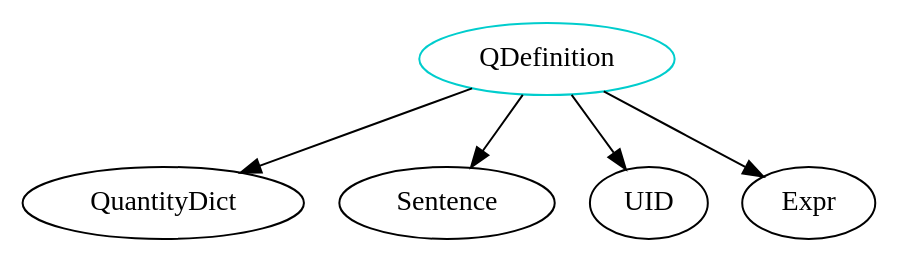
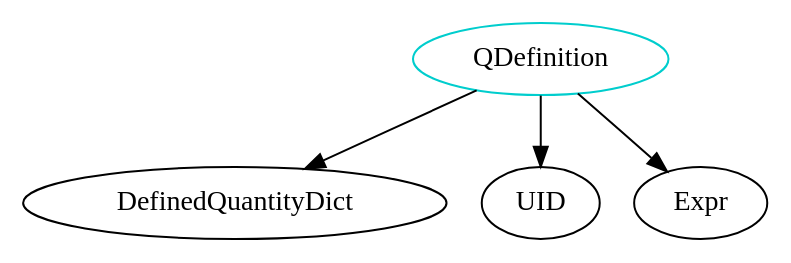
Before and after one commit to JacquesCarette/Drasil: the diagram in analysis/TypeDependencyGraphs/lang/QDefinition.dot, drawn with Graphviz. The commit also changed 10586 other files, not shown here.

```diff
--- a/analysis/TypeDependencyGraphs/lang/QDefinition.dot
+++ b/analysis/TypeDependencyGraphs/lang/QDefinition.dot
@@ -1,7 +1,6 @@
 digraph qdefinition{
-QDefinition -> QuantityDict;
-QDefinition -> Sentence;
+QDefinition -> DefinedQuantityDict;
 QDefinition -> UID;
 QDefinition -> Expr;
 QDefinition	[shape=oval, color=cyan3, label="QDefinition"];
 }
```
